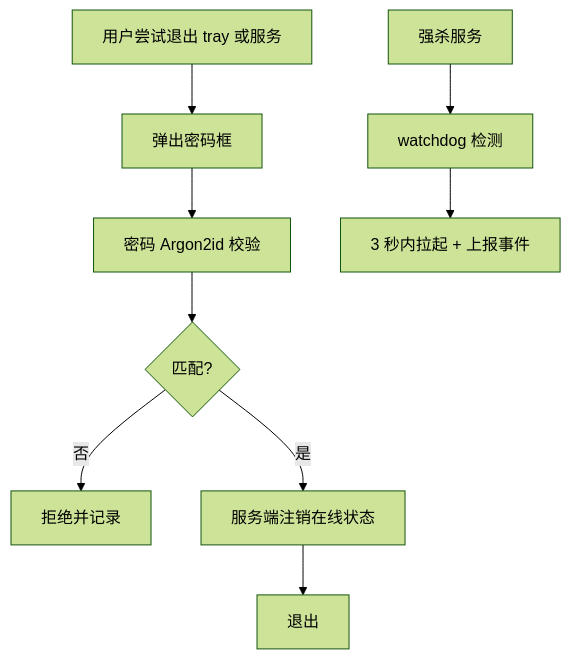
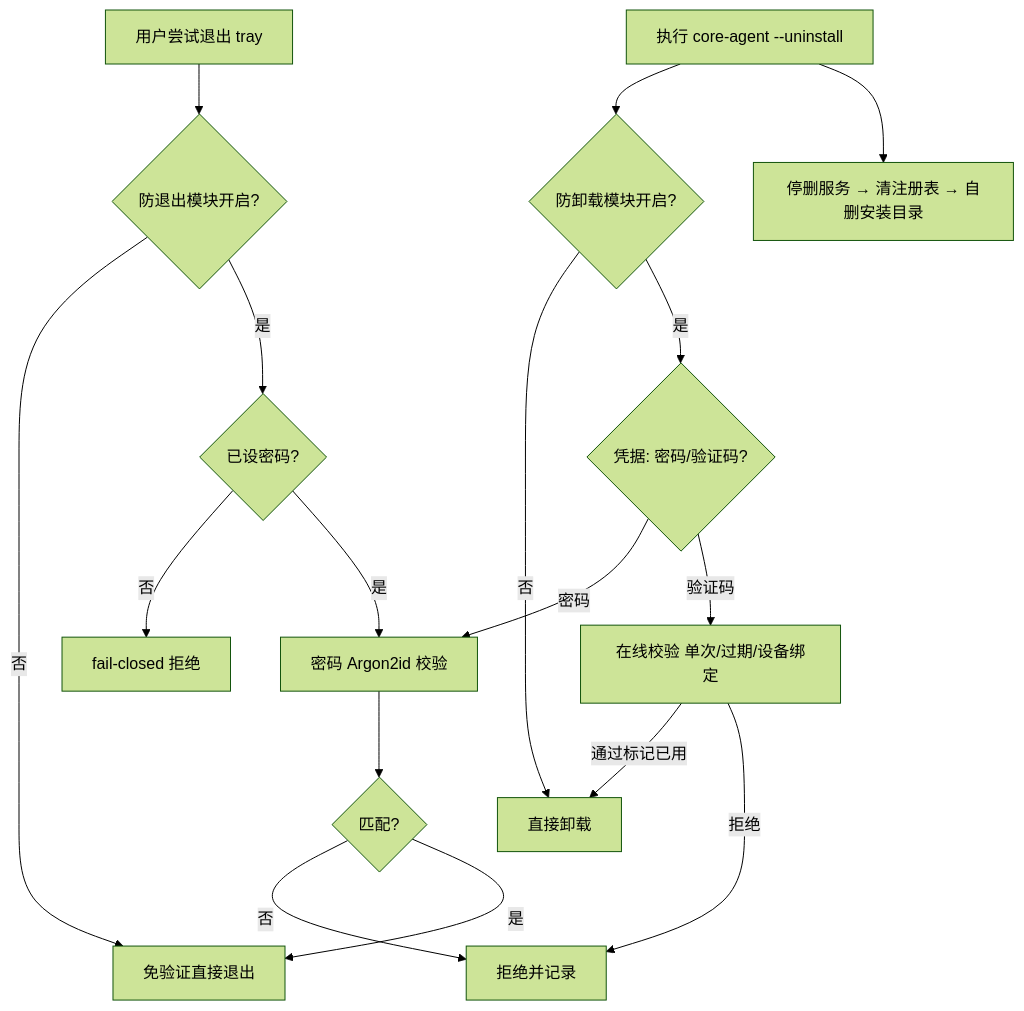
Before and after one commit to tseng2/open-itam: the second of 3 diagrams in docs/architecture.md, drawn with Mermaid (forest theme). The commit also changed other lines of this file, not shown here.

Commit message:
docs: update protection modules and uninstall code api contract

````diff
--- a/docs/architecture.md
+++ b/docs/architecture.md
@@ -322,11 +331,19 @@
 ```mermaid
 flowchart TD
-    A[用户尝试退出 tray 或服务] --> B[弹出密码框]
-    B --> C[密码 Argon2id 校验]
+    A[用户尝试退出 tray] --> B{防退出模块开启?}
+    B -- 否 --> G[免验证直接退出]
+    B -- 是 --> B2{已设密码?}
+    B2 -- 否 --> E2[fail-closed 拒绝]
+    B2 -- 是 --> C[密码 Argon2id 校验]
     C --> D{匹配?}
     D -- 否 --> E[拒绝并记录]
-    D -- 是 --> F[服务端注销在线状态]
-    F --> G[退出]
-    H[强杀服务] --> I[watchdog 检测]
-    I --> J[3 秒内拉起 + 上报事件]
+    D -- 是 --> G
+    H[执行 core-agent --uninstall] --> I{防卸载模块开启?}
+    I -- 否 --> K[直接卸载]
+    I -- 是 --> I2{凭据: 密码/验证码?}
+    I2 -- 密码 --> C
+    I2 -- 验证码 --> J2[在线校验 单次/过期/设备绑定]
+    J2 -- 通过标记已用 --> K
+    J2 -- 拒绝 --> E
+    H --> L[停删服务 → 清注册表 → 自删安装目录]
 ```
````
